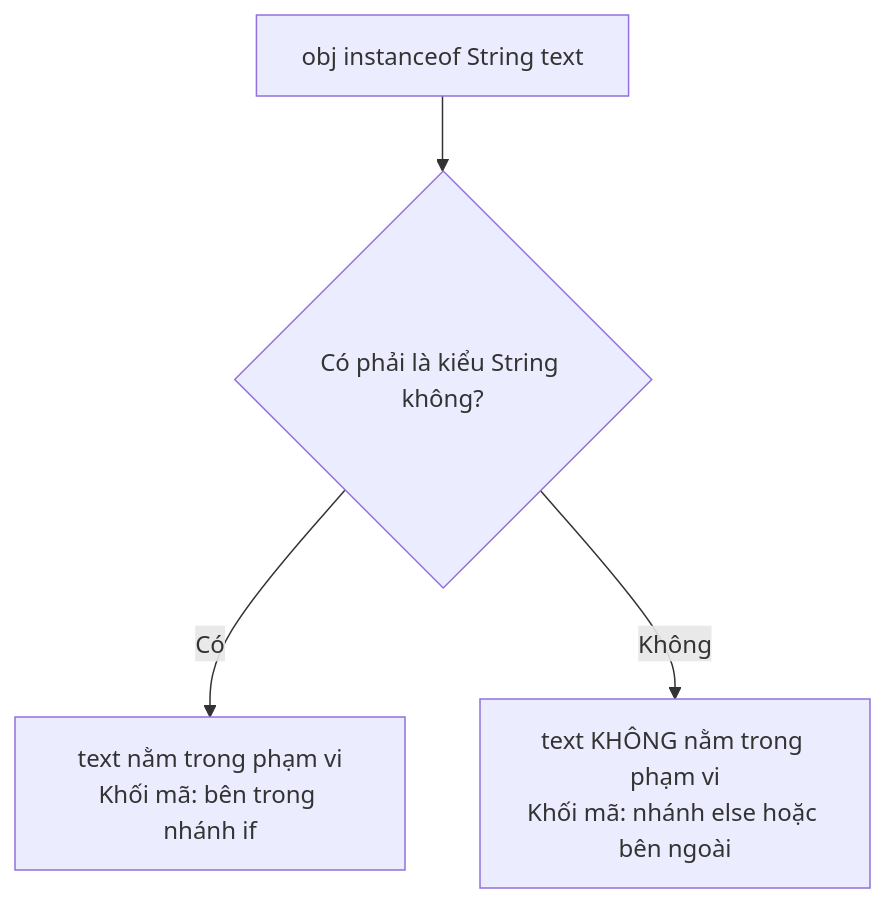
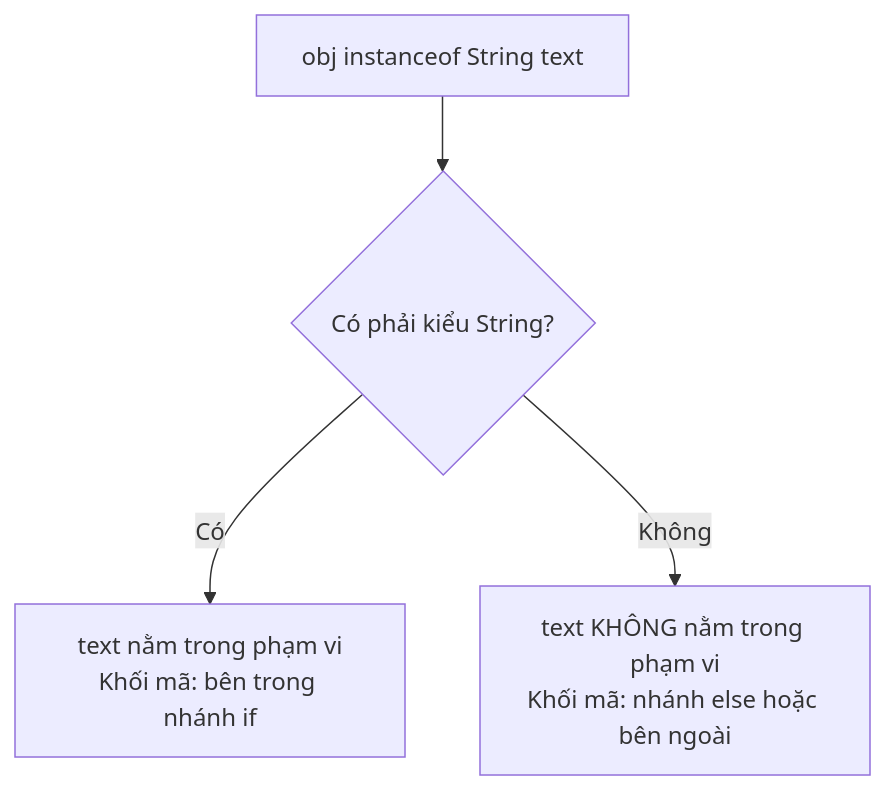
Before and after one commit to PhuThien2005/theoretical-of-java-core: the diagram in vi/05-operators/theory/03-bitwise-increment-ternary-instanceof.md, drawn with Mermaid. The commit also changed other lines of this file and 229 other files, not shown here.

````diff
--- a/vi/05-operators/theory/03-bitwise-increment-ternary-instanceof.md
+++ b/vi/05-operators/theory/03-bitwise-increment-ternary-instanceof.md
@@ -156,6 +140,6 @@
 ```mermaid
 graph TD
-    Check[obj instanceof String text] --> Success{Có phải là kiểu String không?}
+    Check[obj instanceof String text] --> Success{Có phải kiểu String?}
     Success -- Có --> InScope[text nằm trong phạm vi\nKhối mã: bên trong nhánh if]
     Success -- Không --> OutOfScope[text KHÔNG nằm trong phạm vi\nKhối mã: nhánh else hoặc bên ngoài]
 ```
````
